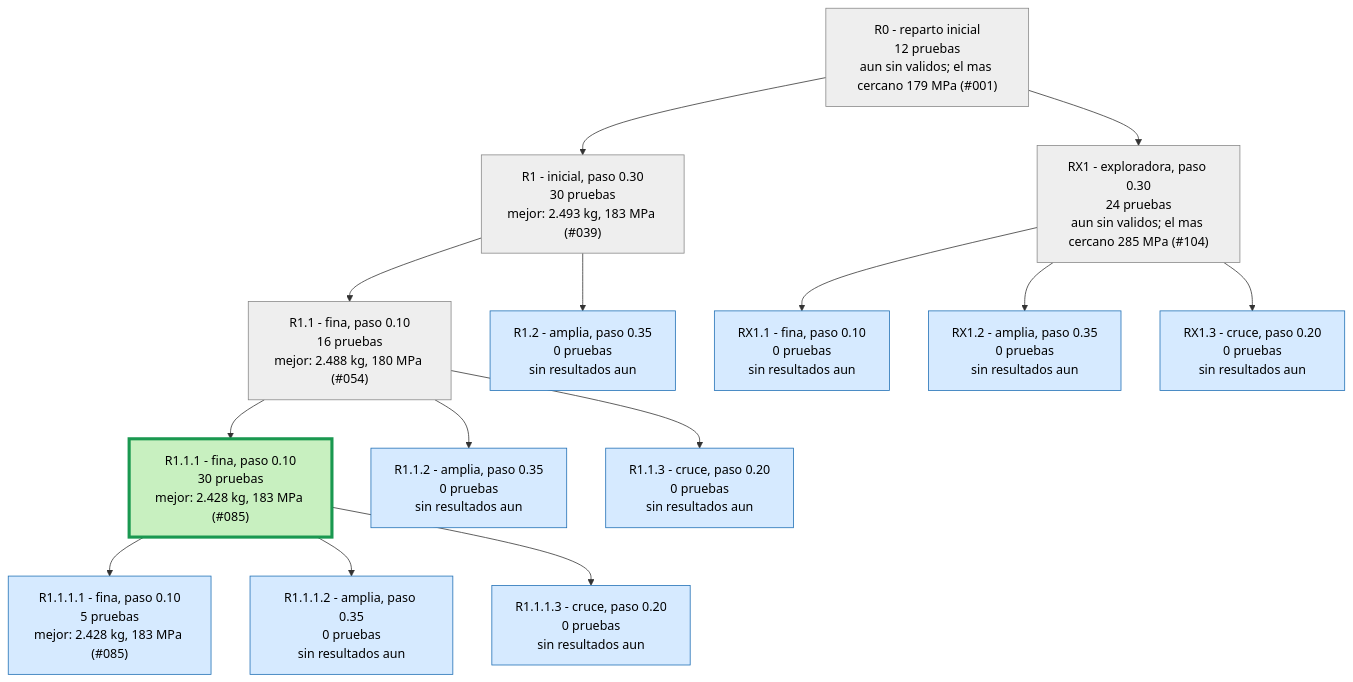
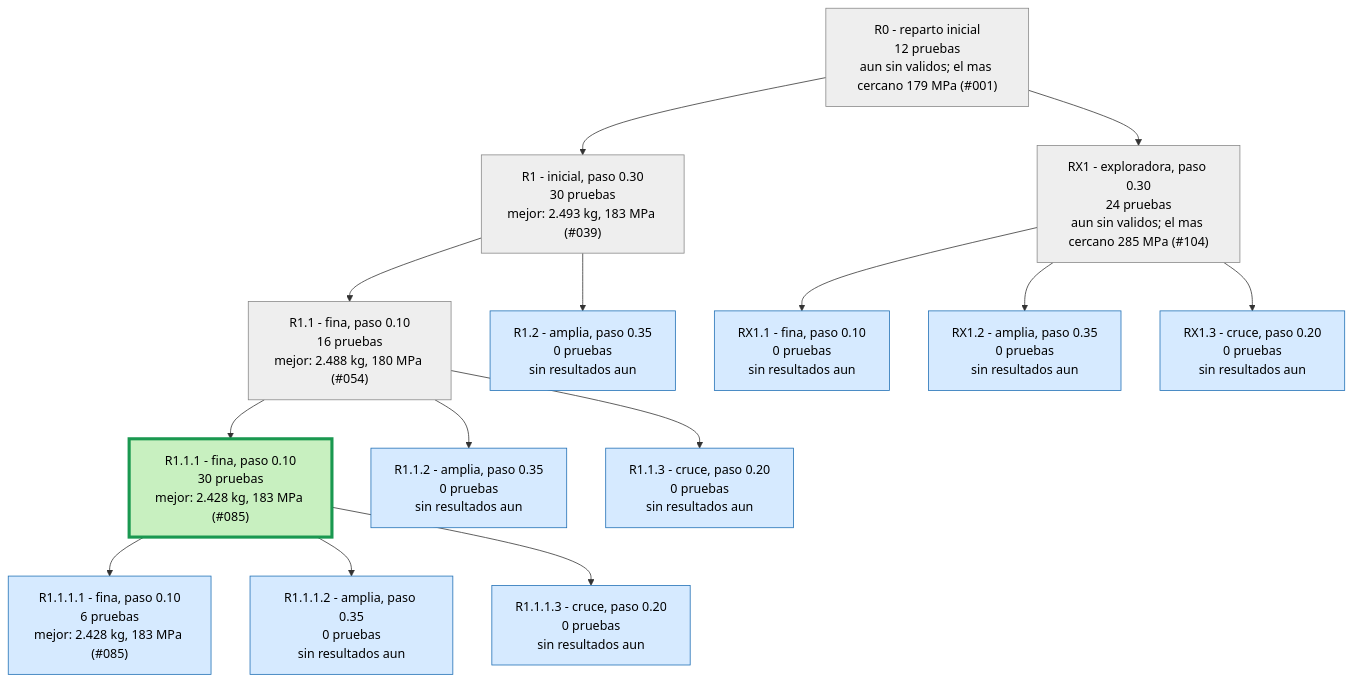
One commit to Hugiko/msd-soporte-optimizacion changed the second of 3 diagrams in runs/opt_37800N/ARBOL.md. Above: the diagram before and after it, drawn with Mermaid. The commit also changed 20 other files, not shown here.

````diff
--- a/runs/opt_37800N/ARBOL.md
+++ b/runs/opt_37800N/ARBOL.md
@@ -29,33 +29,33 @@
 ```mermaid
 graph TD
 classDef activa fill:#d6eaff,stroke:#1f6fb5,color:#000
 classDef fin fill:#eeeeee,stroke:#888,color:#000
 classDef mejor fill:#c8f0c0,stroke:#1a9850,stroke-width:4px,color:#000
 R0["R0 - reparto inicial<br/>12 pruebas<br/>aun sin validos; el mas cercano 179 MPa (#001)"]:::fin
 R1["R1 - inicial, paso 0.30<br/>30 pruebas<br/>mejor: 2.493 kg, 183 MPa (#039)"]:::fin
 R0 --> R1
 R1_1["R1.1 - fina, paso 0.10<br/>16 pruebas<br/>mejor: 2.488 kg, 180 MPa (#054)"]:::fin
 R1 --> R1_1
 R1_2["R1.2 - amplia, paso 0.35<br/>0 pruebas<br/>sin resultados aun"]:::activa
 R1 --> R1_2
 R1_1_1["R1.1.1 - fina, paso 0.10<br/>30 pruebas<br/>mejor: 2.428 kg, 183 MPa (#085)"]:::mejor
 R1_1 --> R1_1_1
 R1_1_2["R1.1.2 - amplia, paso 0.35<br/>0 pruebas<br/>sin resultados aun"]:::activa
 R1_1 --> R1_1_2
 R1_1_3["R1.1.3 - cruce, paso 0.20<br/>0 pruebas<br/>sin resultados aun"]:::activa
 R1_1 --> R1_1_3
-R1_1_1_1["R1.1.1.1 - fina, paso 0.10<br/>5 pruebas<br/>mejor: 2.428 kg, 183 MPa (#085)"]:::activa
+R1_1_1_1["R1.1.1.1 - fina, paso 0.10<br/>6 pruebas<br/>mejor: 2.428 kg, 183 MPa (#085)"]:::activa
 R1_1_1 --> R1_1_1_1
 R1_1_1_2["R1.1.1.2 - amplia, paso 0.35<br/>0 pruebas<br/>sin resultados aun"]:::activa
 R1_1_1 --> R1_1_1_2
 R1_1_1_3["R1.1.1.3 - cruce, paso 0.20<br/>0 pruebas<br/>sin resultados aun"]:::activa
 R1_1_1 --> R1_1_1_3
 RX1["RX1 - exploradora, paso 0.30<br/>24 pruebas<br/>aun sin validos; el mas cercano 285 MPa (#104)"]:::fin
 R0 --> RX1
 RX1_1["RX1.1 - fina, paso 0.10<br/>0 pruebas<br/>sin resultados aun"]:::activa
 RX1 --> RX1_1
 RX1_2["RX1.2 - amplia, paso 0.35<br/>0 pruebas<br/>sin resultados aun"]:::activa
 RX1 --> RX1_2
 RX1_3["RX1.3 - cruce, paso 0.20<br/>0 pruebas<br/>sin resultados aun"]:::activa
 RX1 --> RX1_3
 ```
````
